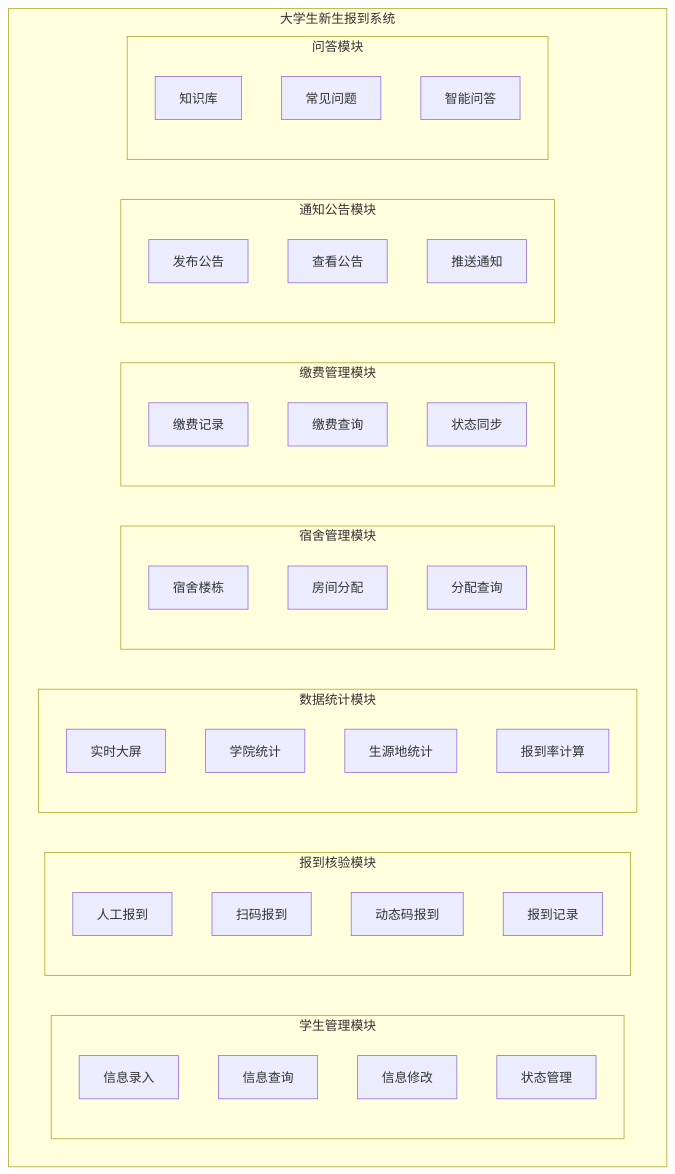
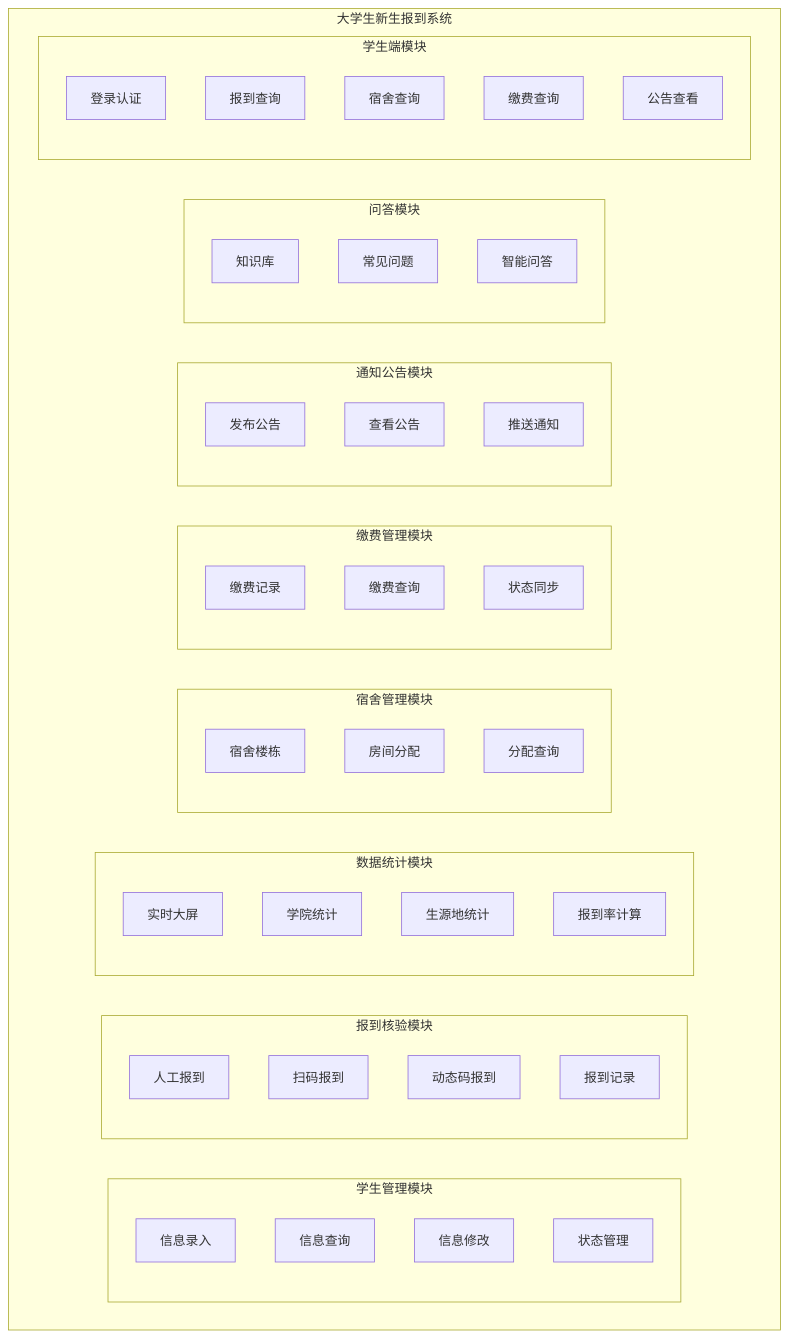
The fourth of 8 diagrams in MVP技术框架图.md (zzhe3076/zzhe), drawn with Mermaid before and after one commit. The commit also changed other lines of this file and 11 other files, not shown here.

Commit message:
新增Web学生端功能：登录、报到状态、宿舍查询、缴费查询、公告、FAQ

````diff
--- a/MVP技术框架图.md
+++ b/MVP技术框架图.md
@@ -186,51 +187,59 @@
 ```mermaid
 graph TB
     subgraph System["大学生新生报到系统"]
         
-        subgraph Student["学生管理模块"]
+        subgraph StudentMgmt["学生管理模块"]
             S1["信息录入"]
             S2["信息查询"]
             S3["信息修改"]
             S4["状态管理"]
         end
         
         subgraph CheckIn["报到核验模块"]
             C1["人工报到"]
             C2["扫码报到"]
             C3["动态码报到"]
             C4["报到记录"]
         end
         
         subgraph Stats["数据统计模块"]
             T1["实时大屏"]
             T2["学院统计"]
             T3["生源地统计"]
             T4["报到率计算"]
         end
         
         subgraph Dorm["宿舍管理模块"]
             D1["宿舍楼栋"]
             D2["房间分配"]
             D3["分配查询"]
         end
         
         subgraph Payment["缴费管理模块"]
             P1["缴费记录"]
             P2["缴费查询"]
             P3["状态同步"]
         end
         
         subgraph Notice["通知公告模块"]
             N1["发布公告"]
             N2["查看公告"]
             N3["推送通知"]
         end
         
         subgraph FAQ["问答模块"]
             F1["知识库"]
             F2["常见问题"]
             F3["智能问答"]
         end
         
+        subgraph StudentPortal["学生端模块"]
+            SP1["登录认证"]
+            SP2["报到查询"]
+            SP3["宿舍查询"]
+            SP4["缴费查询"]
+            SP5["公告查看"]
+        end
+        
     end
 ```
````
